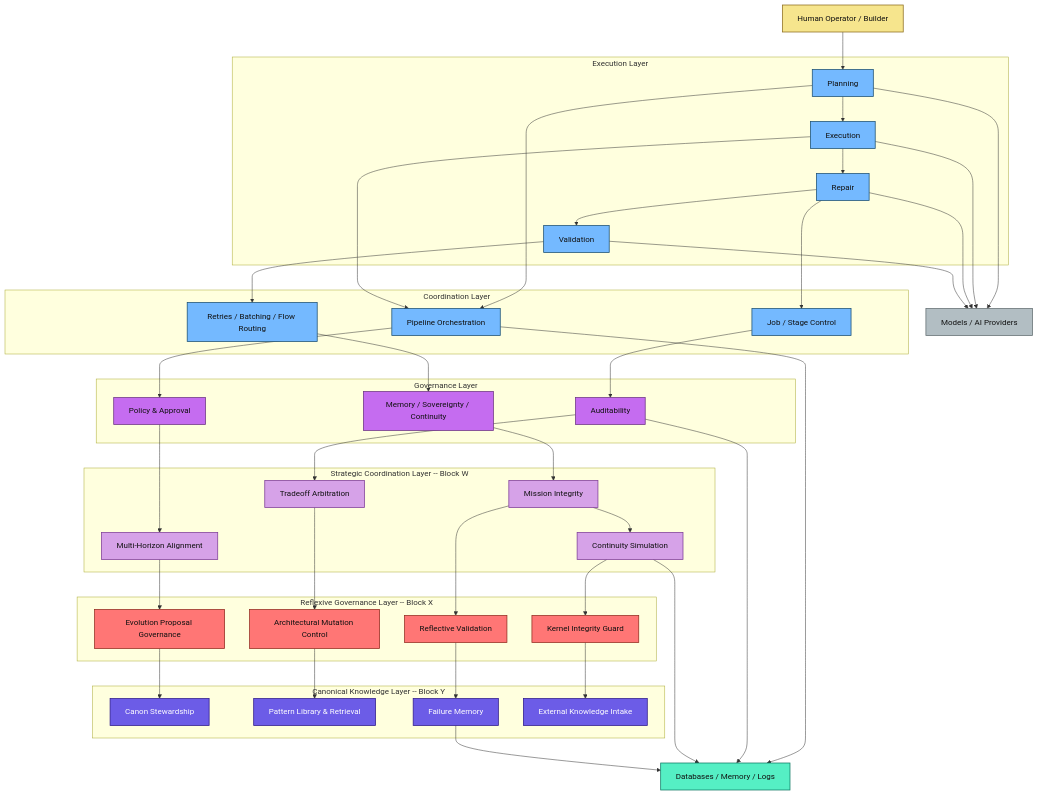
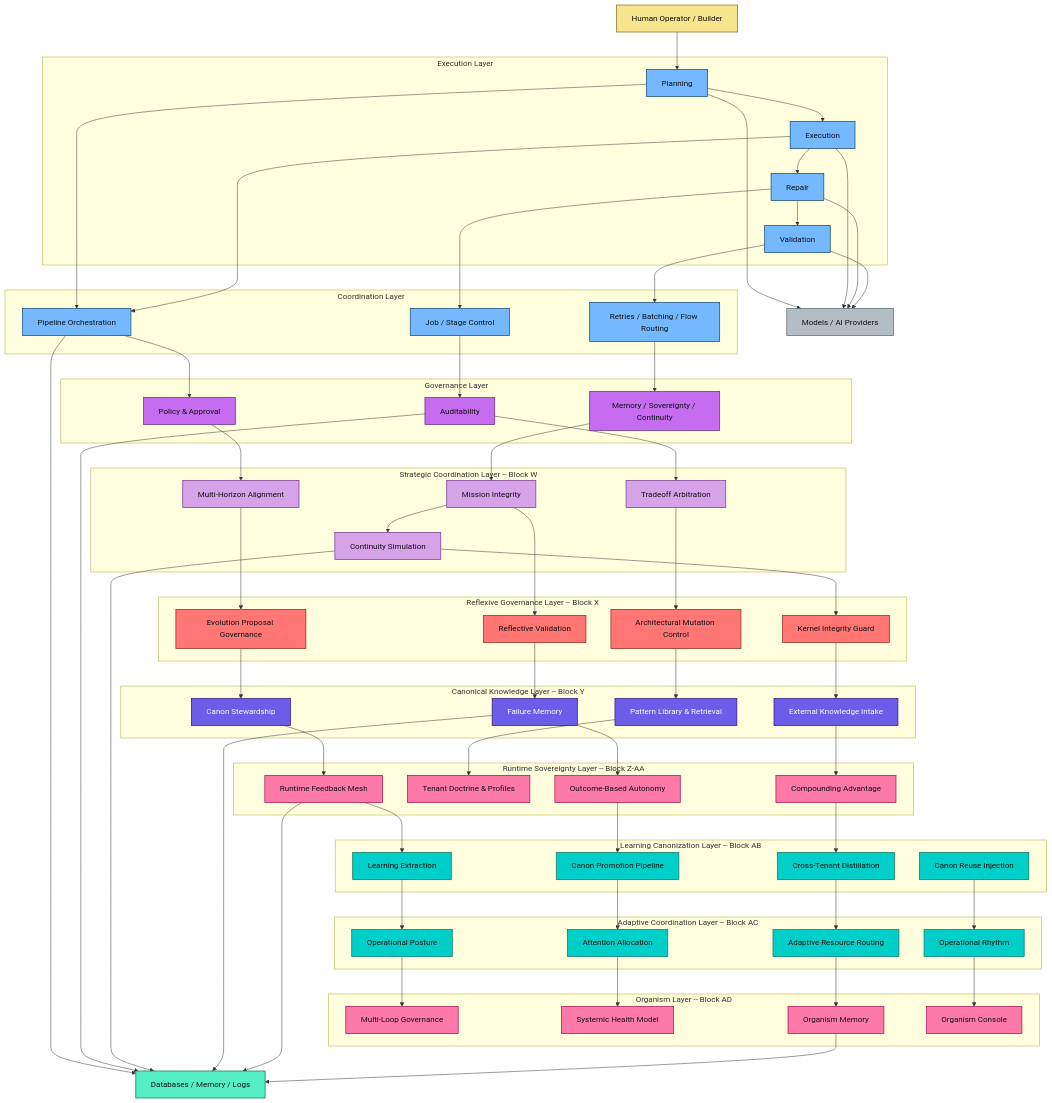
Before and after one commit to zansued/axionos: the tenth of 12 diagrams in docs/ARCHITECTURE.md, drawn with Mermaid. The commit also changed 1 other file, not shown here.

Commit message:
Atualize ARCHITECTURE.md e docs

````diff
--- a/docs/ARCHITECTURE.md
+++ b/docs/ARCHITECTURE.md
@@ -531,6 +531,34 @@
         K4[External Knowledge Intake]
     end
 
+    subgraph T7[Runtime Sovereignty Layer -- Block Z-AA]
+        Z1[Runtime Feedback Mesh]
+        Z2[Tenant Doctrine & Profiles]
+        Z3[Outcome-Based Autonomy]
+        Z4[Compounding Advantage]
+    end
+
+    subgraph T8[Learning Canonization Layer -- Block AB]
+        AB1[Learning Extraction]
+        AB2[Canon Promotion Pipeline]
+        AB3[Cross-Tenant Distillation]
+        AB4[Canon Reuse Injection]
+    end
+
+    subgraph T9[Adaptive Coordination Layer -- Block AC]
+        AC1[Operational Posture]
+        AC2[Attention Allocation]
+        AC3[Adaptive Resource Routing]
+        AC4[Operational Rhythm]
+    end
+
+    subgraph T10[Organism Layer -- Block AD]
+        AD1[Multi-Loop Governance]
+        AD2[Systemic Health Model]
+        AD3[Organism Memory]
+        AD4[Organism Console]
+    end
+
     X1[Models / AI Providers]:::external
     X2[Databases / Memory / Logs]:::data
 
@@ -563,6 +591,25 @@
     R3 --> K3
     R4 --> K4
 
+    K1 --> Z1
+    K2 --> Z2
+    K3 --> Z3
+    K4 --> Z4
+
+    Z1 --> AB1
+    Z3 --> AB2
+    Z4 --> AB3
+
+    AB1 --> AC1
+    AB2 --> AC2
+    AB3 --> AC3
+    AB4 --> AC4
+
+    AC1 --> AD1
+    AC2 --> AD2
+    AC3 --> AD3
+    AC4 --> AD4
+
     E1 --> X1
     E2 --> X1
     E3 --> X1
@@ -572,6 +619,8 @@
     G2 --> X2
     S4 --> X2
     K3 --> X2
+    Z1 --> X2
+    AD3 --> X2
 
     classDef human fill:#F6E58D,stroke:#8C6D1F,color:#111,stroke-width:1.5px;
     classDef core fill:#74B9FF,stroke:#1B4F72,color:#111,stroke-width:1.5px;
@@ -579,14 +628,20 @@
     classDef strategic fill:#D6A2E8,stroke:#7D3C98,color:#111,stroke-width:1.5px;
     classDef reflexive fill:#FF7675,stroke:#922B21,color:#111,stroke-width:1.5px;
     classDef canon fill:#6C5CE7,stroke:#2E1A8A,color:#fff,stroke-width:1.5px;
+    classDef runtime fill:#FD79A8,stroke:#AD1457,color:#111,stroke-width:1.5px;
     classDef data fill:#55EFC4,stroke:#117A65,color:#111,stroke-width:1.5px;
     classDef external fill:#B2BEC3,stroke:#636E72,color:#111,stroke-width:1.5px;
+    classDef intelligence fill:#00CEC9,stroke:#117A65,color:#111,stroke-width:1.5px;
 
     class E1,E2,E3,E4,C1,C2,C3 core;
     class G1,G2,G3 governance;
     class S1,S2,S3,S4 strategic;
     class R1,R2,R3,R4 reflexive;
     class K1,K2,K3,K4 canon;
+    class Z1,Z2,Z3,Z4 runtime;
+    class AB1,AB2,AB3,AB4 intelligence;
+    class AC1,AC2,AC3,AC4 intelligence;
+    class AD1,AD2,AD3,AD4 runtime;
     class X2 data;
     class X1 external;
 ```
````
